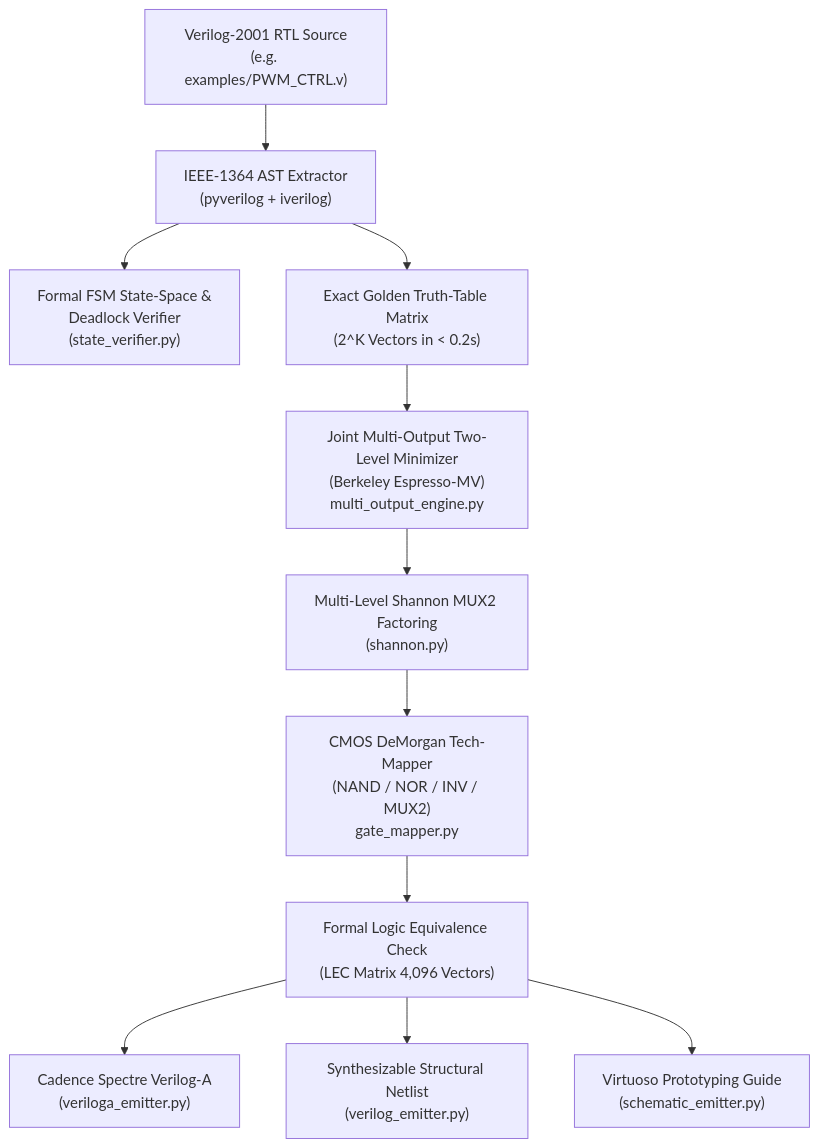
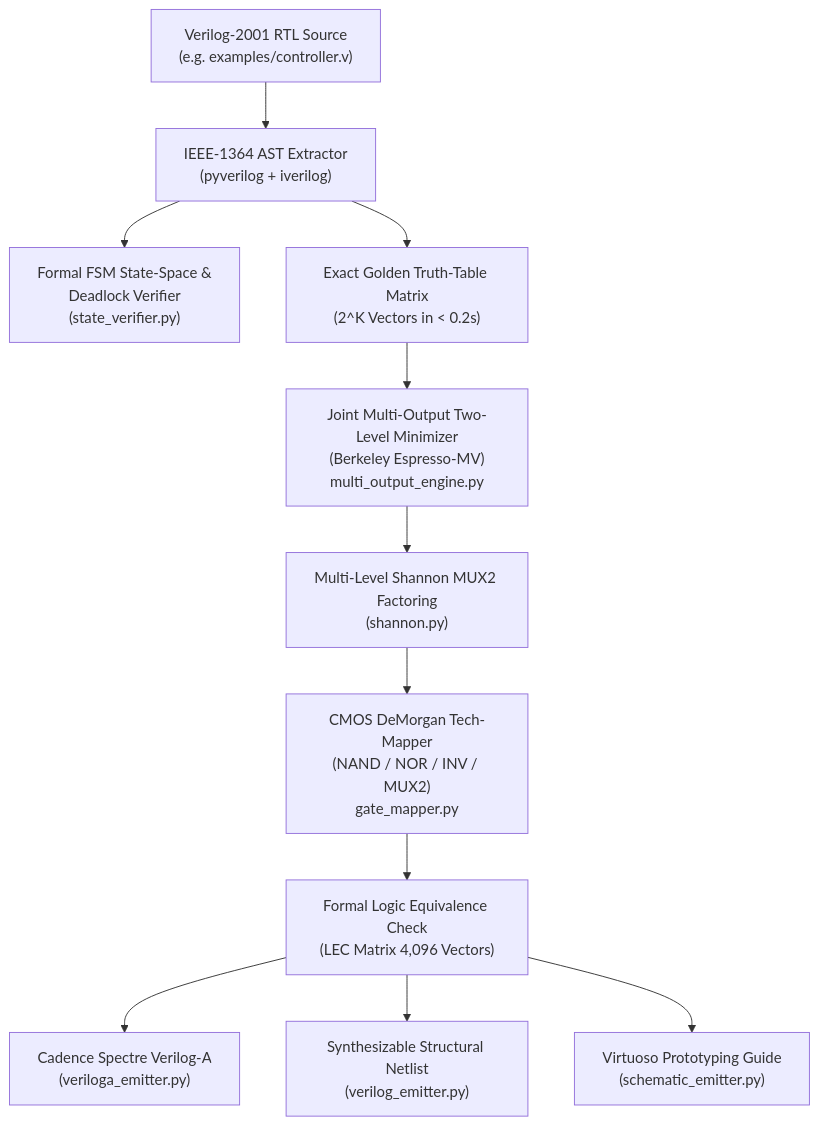
Before and after one commit to SSyroi/digitalOptimizer: the third of 3 diagrams in README.md, drawn with Mermaid. The commit also changed other lines of this file and 1 other file, not shown here.

Commit message:
docs: anonymize block name to generic controller in README documentation

````diff
--- a/README.md
+++ b/README.md
@@ -361,19 +361,19 @@
 ```mermaid
 flowchart TD
-    RTL["Verilog-2001 RTL Source\n(e.g. examples/PWM_CTRL.v)"] --> Extractor["IEEE-1364 AST Extractor\n(pyverilog + iverilog)"]
+    RTL["Verilog-2001 RTL Source\n(e.g. examples/controller.v)"] --> Extractor["IEEE-1364 AST Extractor\n(pyverilog + iverilog)"]
     
     Extractor --> StateSpace["Formal FSM State-Space &\nDeadlock Verifier\n(state_verifier.py)"]
     Extractor --> TruthTable["Exact Golden Truth-Table Matrix\n(2^K Vectors in < 0.2s)"]
     
     TruthTable --> EspressoMV["Joint Multi-Output Two-Level Minimizer\n(Berkeley Espresso-MV)\nmulti_output_engine.py"]
     
     EspressoMV --> Shannon["Multi-Level Shannon MUX2 Factoring\n(shannon.py)"]
     
     Shannon --> TechMap["CMOS DeMorgan Tech-Mapper\n(NAND / NOR / INV / MUX2)\ngate_mapper.py"]
     
     TechMap --> FormalLEC["Formal Logic Equivalence Check\n(LEC Matrix 4,096 Vectors)"]
     
     FormalLEC --> EmitVA["Cadence Spectre Verilog-A\n(veriloga_emitter.py)"]
     FormalLEC --> EmitV["Synthesizable Structural Netlist\n(verilog_emitter.py)"]
     FormalLEC --> EmitProto["Virtuoso Prototyping Guide\n(schematic_emitter.py)"]
 ```
````
